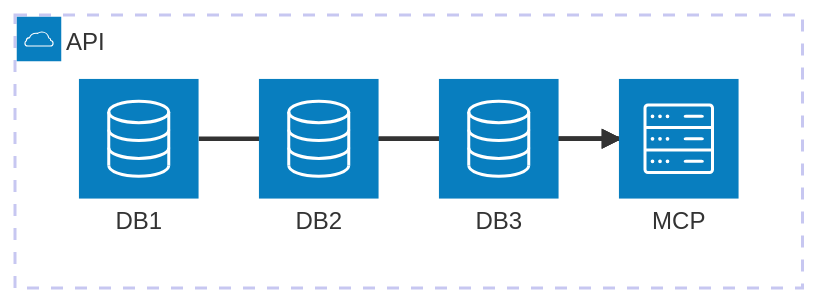
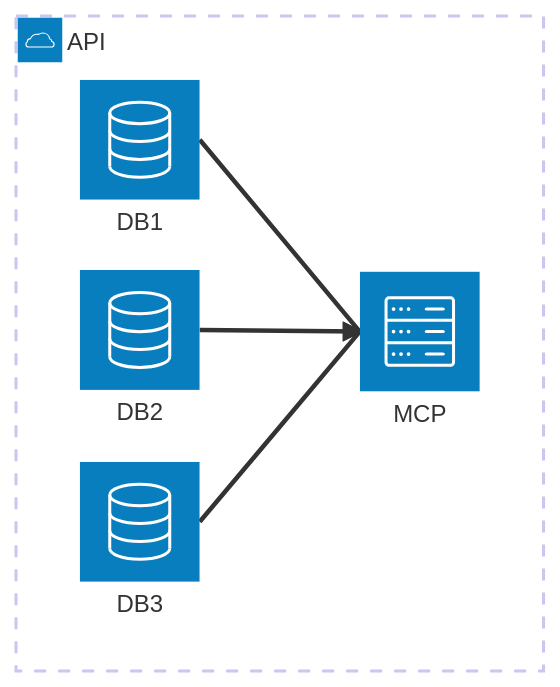
Before and after one commit to MaiKuraki/mermaid: the second of 6 diagrams in docs/syntax/architecture.md, drawn with Mermaid. The commit also changed other lines of this file and 2 other files, not shown here.

First line of the commit message:
docs: pick the natural axis for the 3-feeds-1 case (column for R/L edges, row for T/B)

````diff
--- a/docs/syntax/architecture.md
+++ b/docs/syntax/architecture.md
@@ -172,12 +179,12 @@
 ```mermaid
 architecture-beta
     group api(cloud)[API]
     service db1(database)[DB1] in api
     service db2(database)[DB2] in api
     service db3(database)[DB3] in api
     service mcp(server)[MCP] in api
     db1:R --> L:mcp
     db2:R --> L:mcp
     db3:R --> L:mcp
-    align row db1 db2 db3
+    align column db1 db2 db3
 ```
````
